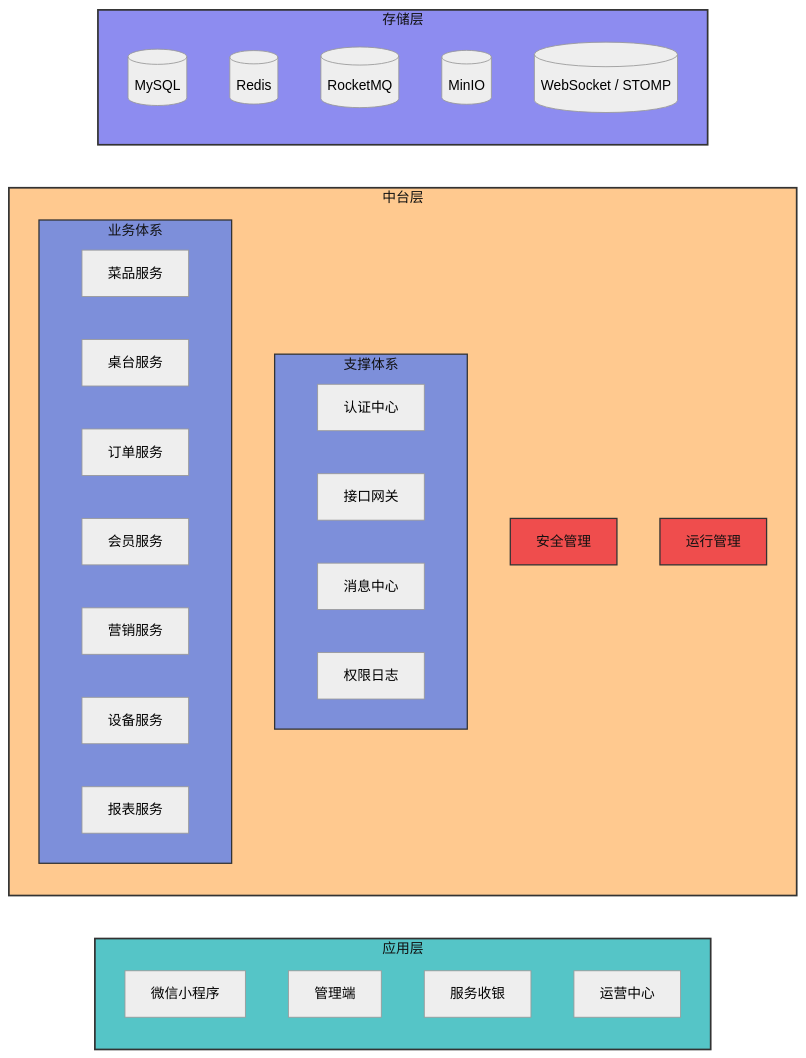
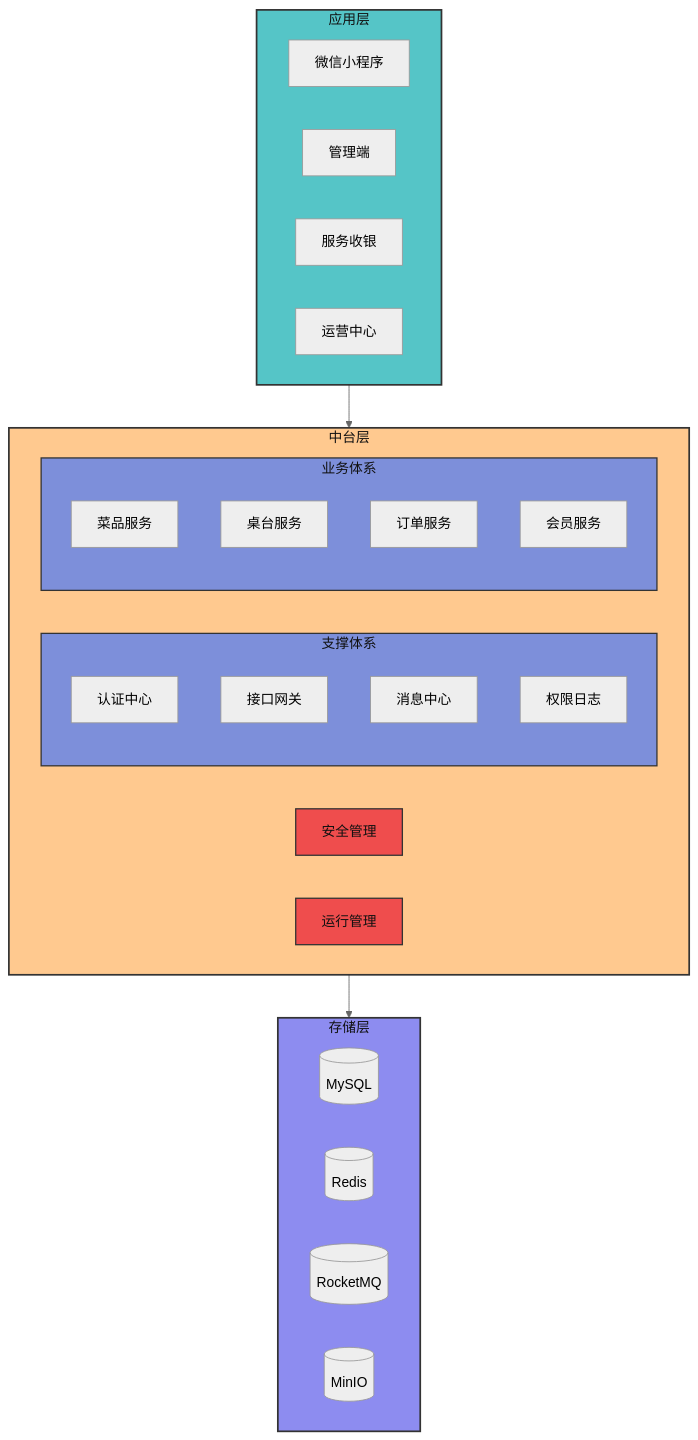
Before and after one commit to meisijiya/DIANCAN-SYSTEM: the second of 3 diagrams in readme.md, drawn with Mermaid (neutral theme). The commit also changed other lines of this file and 1 other file, not shown here.

````diff
--- a/readme.md
+++ b/readme.md
@@ -291,47 +290,46 @@
 ```mermaid
-flowchart LR
+flowchart TB
     subgraph Top[应用层]
         MINI[微信小程序]
         ADMIN[管理端]
         CASHIER[服务收银]
         MANAGE[运营中心]
     end
 
     subgraph Middle[中台层]
         SAFE[安全管理]
         RUNTIME[运行管理]
 
         subgraph Support[支撑体系]
             S1[认证中心]
             S2[接口网关]
             S3[消息中心]
             S4[权限日志]
         end
 
         subgraph Biz[业务体系]
             B1[菜品服务]
             B2[桌台服务]
             B3[订单服务]
             B4[会员服务]
-            B5[营销服务]
-            B6[设备服务]
-            B7[报表服务]
         end
     end
 
     subgraph Bottom[存储层]
         DB[(MySQL)]
         CACHE[(Redis)]
         ROCKET[(RocketMQ)]
         OSS[(MinIO)]
-        PUSH[(WebSocket / STOMP)]
     end
+
+    Top --> Middle
+    Middle --> Bottom
 
     style Top fill:#55c5c7,stroke:#333,stroke-width:2px,color:#111
     style Middle fill:#ffc98f,stroke:#333,stroke-width:2px,color:#111
     style Bottom fill:#8d8cf0,stroke:#333,stroke-width:2px,color:#111
     style Support fill:#7d8fda,stroke:#333,stroke-width:1.5px,color:#111
     style Biz fill:#7d8fda,stroke:#333,stroke-width:1.5px,color:#111
     style SAFE fill:#ef4d4d,stroke:#333,stroke-width:1.5px,color:#111
     style RUNTIME fill:#ef4d4d,stroke:#333,stroke-width:1.5px,color:#111
 ```
````
